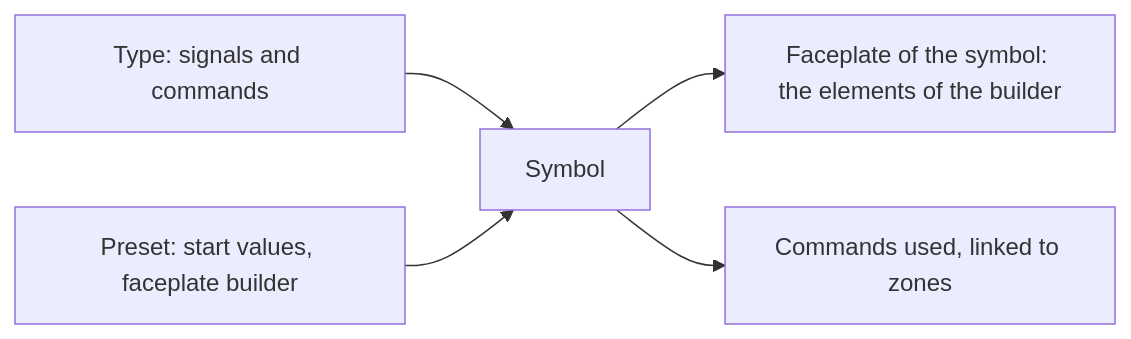
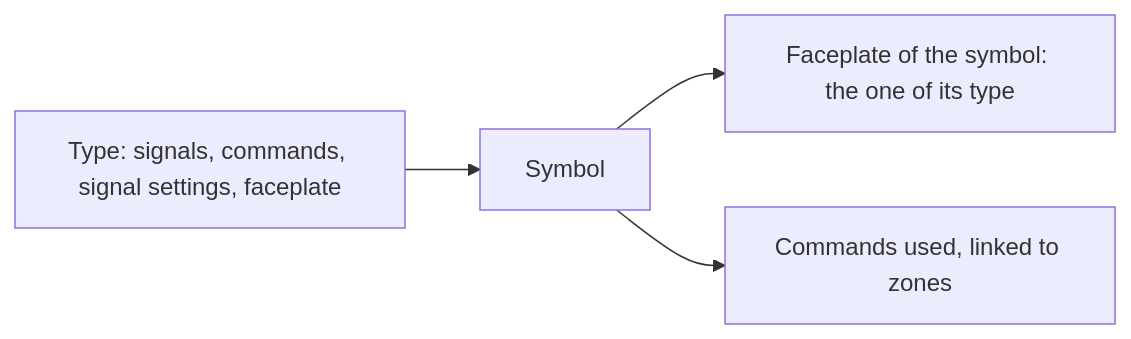
The diagram in symbols/02-type-and-faceplate.md (AlexandreGallais/synoptic-studio-spec), drawn with Mermaid before and after one commit. The commit also changed other lines of this file and 65 other files, not shown here.

````diff
--- a/symbols/02-type-and-faceplate.md
+++ b/symbols/02-type-and-faceplate.md
@@ -18,7 +17,6 @@
 ```mermaid
 flowchart LR
-    TY["Type: signals and commands"] --> SY["Symbol"]
-    PR["Preset: start values, faceplate builder"] --> SY
-    SY --> FP["Faceplate of the symbol: the elements of the builder"]
+    TY["Type: signals, commands, signal settings, faceplate"] --> SY["Symbol"]
+    SY --> FP["Faceplate of the symbol: the one of its type"]
     SY --> CM["Commands used, linked to zones"]
 ```
````
